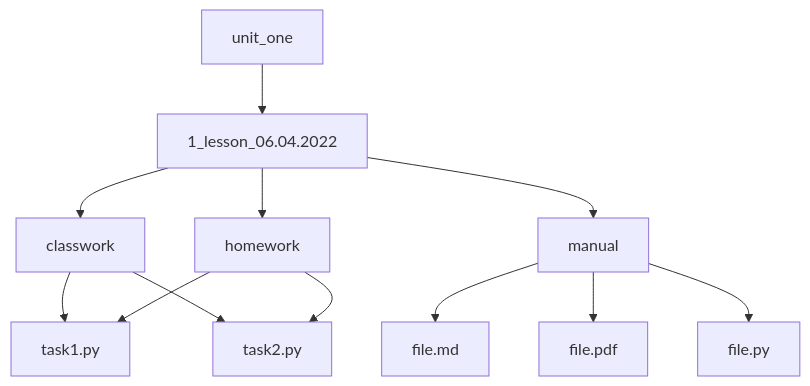
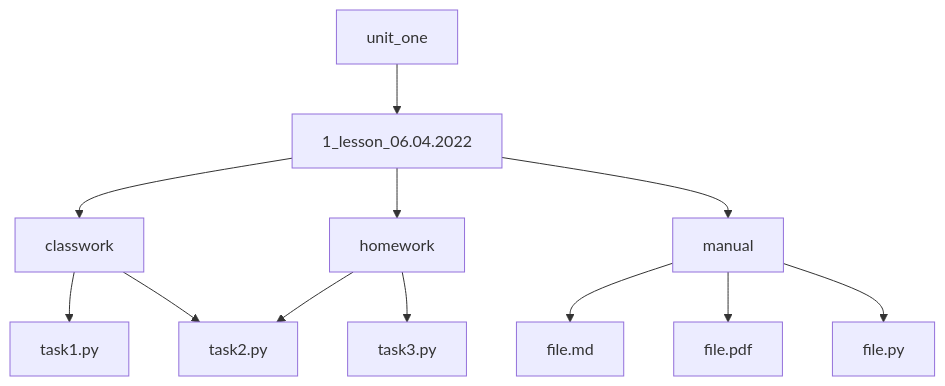
The first of 2 diagrams in README.MD (chertkov-vitaliy/python_autumn_2022), drawn with Mermaid before and after one commit.

````diff
--- a/README.MD
+++ b/README.MD
@@ -30,14 +30,14 @@
 ```mermaid
 graph TD;
     unit_one-->1_lesson_06.04.2022;
     1_lesson_06.04.2022-->classwork;
     classwork-->task1.py;
     classwork-->task2.py;
     1_lesson_06.04.2022-->homework;
-    homework-->task1.py;
     homework-->task2.py;
+    homework-->task3.py;
     1_lesson_06.04.2022-->manual;
     manual-->file.md;
     manual-->file.pdf
     manual-->file.py       
 ```
````
